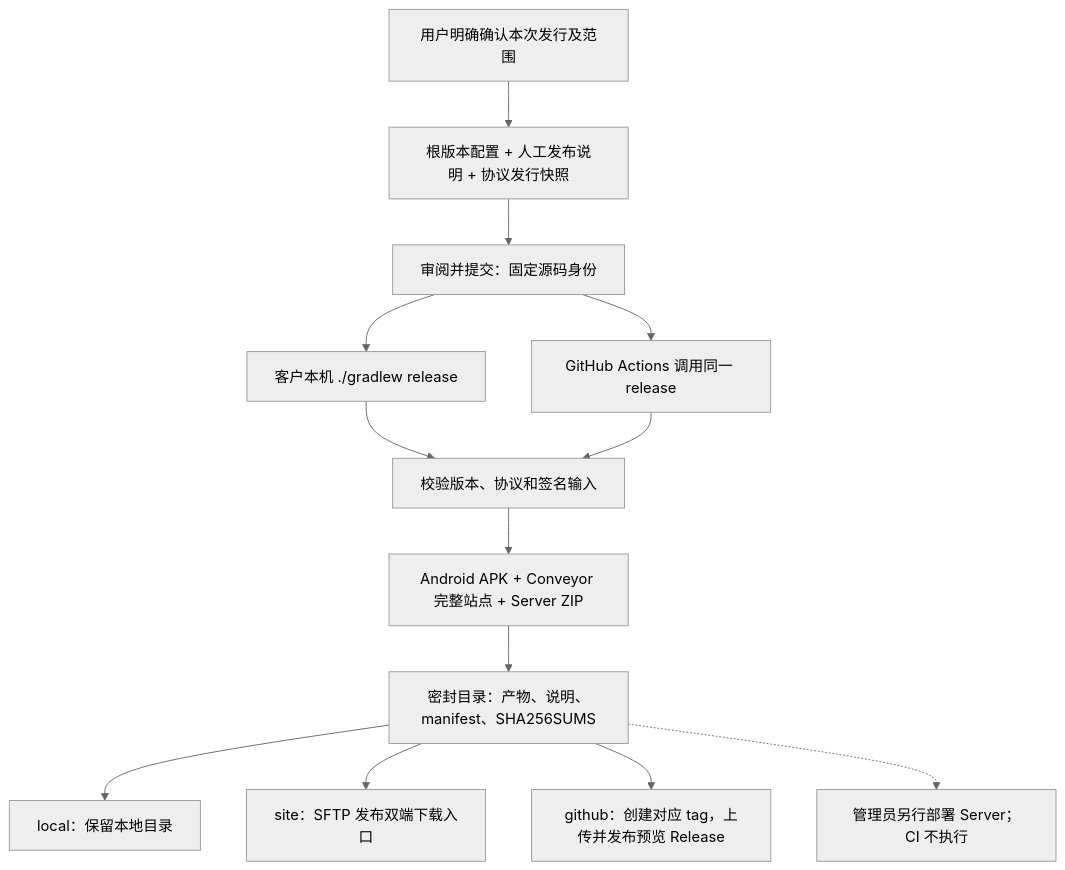
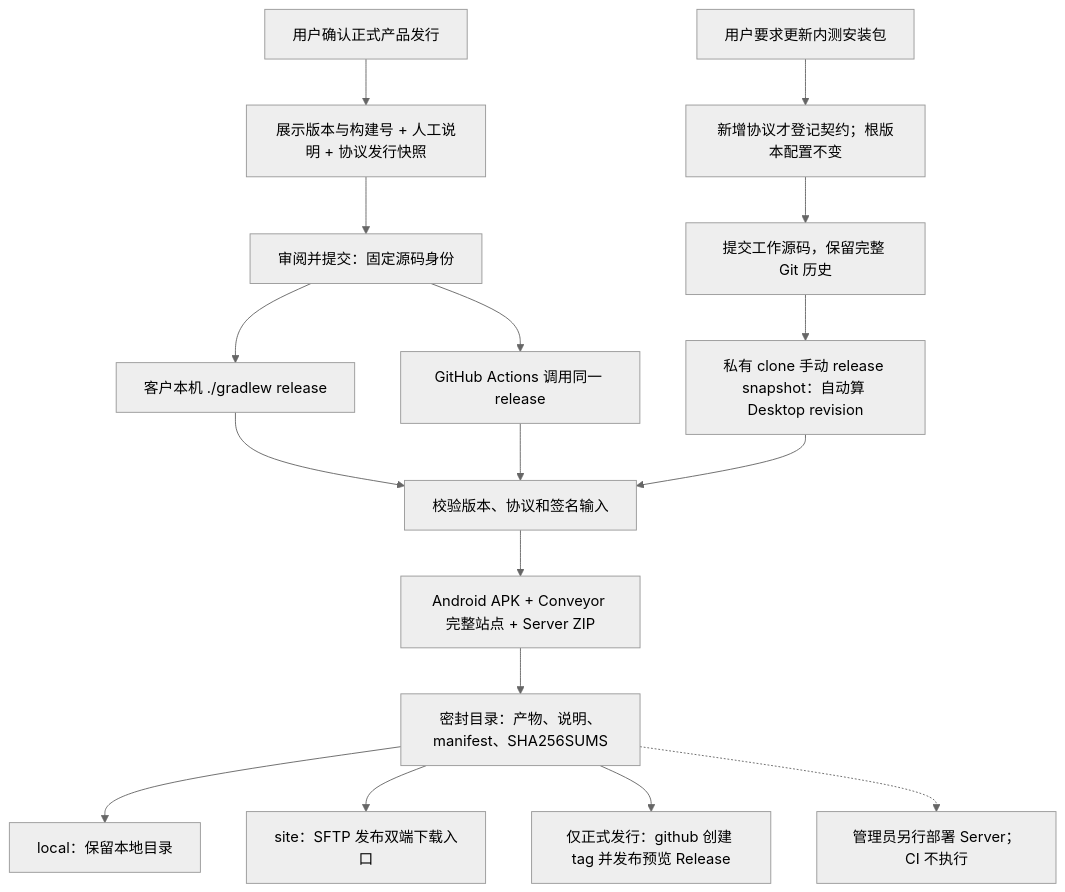
Before and after one commit to virjar/team-talk: the diagram in doc/07-operations/releasing.md, drawn with Mermaid (neutral theme). The commit also changed other lines of this file and 17 other files, not shown here.

````diff
--- a/doc/07-operations/releasing.md
+++ b/doc/07-operations/releasing.md
@@ -34,15 +40,19 @@
 ```mermaid
 flowchart TD
-    Approval["用户明确确认本次发行及范围"] --> Root
-    Root["根版本配置 + 人工发布说明 + 协议发行快照"] --> Commit["审阅并提交：固定源码身份"]
+    Approval["用户确认正式产品发行"] --> Root
+    Root["展示版本与构建号 + 人工说明 + 协议发行快照"] --> Commit["审阅并提交：固定源码身份"]
+    TestApproval["用户要求更新内测安装包"] --> Snapshot["新增协议才登记契约；根版本配置不变"]
+    Snapshot --> SnapshotCommit["提交工作源码，保留完整 Git 历史"]
+    SnapshotCommit --> SnapshotTask["私有 clone 手动 release snapshot：自动算 Desktop revision"]
     Commit --> Local["客户本机 ./gradlew release"]
     Commit --> CI["GitHub Actions 调用同一 release"]
     Local --> Verify["校验版本、协议和签名输入"]
     CI --> Verify
+    SnapshotTask --> Verify
     Verify --> Producers["Android APK + Conveyor 完整站点 + Server ZIP"]
     Producers --> Seal["密封目录：产物、说明、manifest、SHA256SUMS"]
     Seal --> Disk["local：保留本地目录"]
     Seal --> Site["site：SFTP 发布双端下载入口"]
-    Seal --> GitHub["github：创建对应 tag，上传并发布预览 Release"]
+    Seal --> GitHub["仅正式发行：github 创建 tag 并发布预览 Release"]
     Seal -.-> Admin["管理员另行部署 Server；CI 不执行"]
 ```
````
